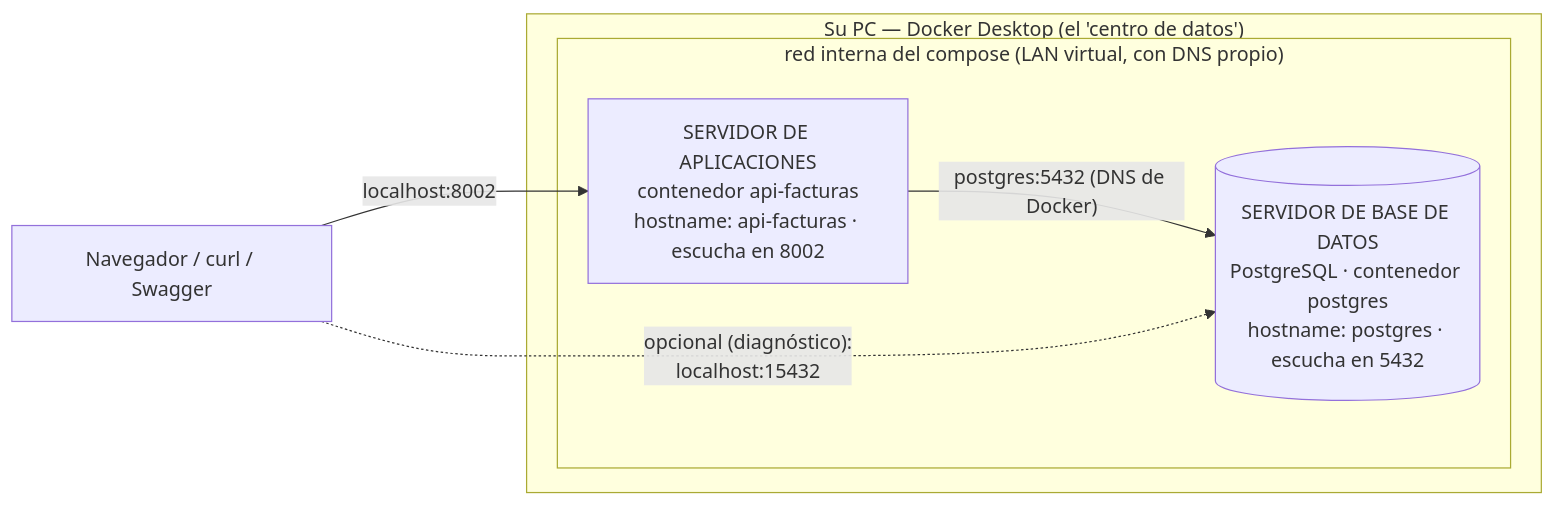
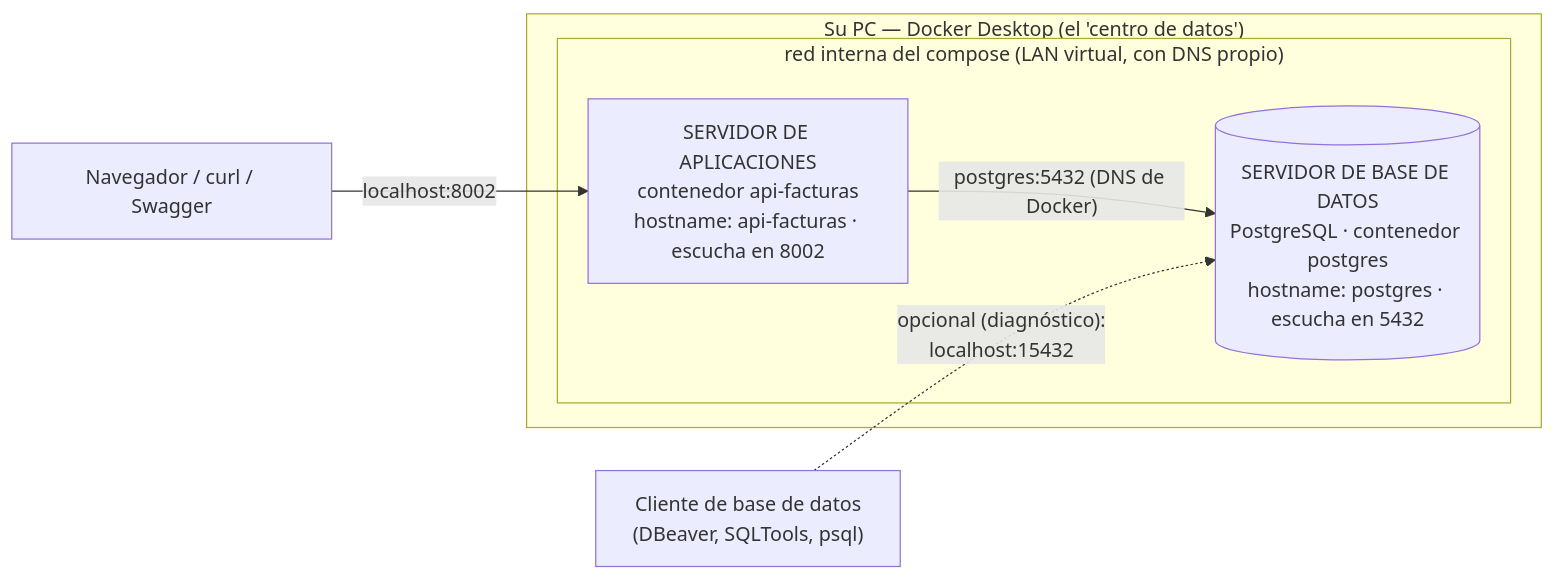
Before and after one commit to ccastro2050/proyecto_paradigmas1: the first of 2 diagrams in docs/CONCEPTOS_DOCKER.md, drawn with Mermaid. The commit also changed other lines of this file, not shown here.

First line of the commit message:
docs(docker): el diagrama sale del docker-compose real, y ninguna flecha miente

````diff
--- a/docs/CONCEPTOS_DOCKER.md
+++ b/docs/CONCEPTOS_DOCKER.md
@@ -194,13 +194,14 @@
 ```mermaid
 flowchart LR
     NAV["Navegador / curl / Swagger"]
+    CLIENTE["Cliente de base de datos<br/>(DBeaver, SQLTools, psql)"]
     subgraph PC["Su PC — Docker Desktop (el 'centro de datos')"]
         subgraph RED["red interna del compose (LAN virtual, con DNS propio)"]
             APIFACTURAS["SERVIDOR DE APLICACIONES<br/>contenedor api-facturas<br/>hostname: api-facturas · escucha en 8002"]
             POSTGRES[("SERVIDOR DE BASE DE DATOS<br/>PostgreSQL · contenedor postgres<br/>hostname: postgres · escucha en 5432")]
         end
     end
     NAV -->|"localhost:8002"| APIFACTURAS
     APIFACTURAS -->|"postgres:5432 (DNS de Docker)"| POSTGRES
-    NAV -.->|"opcional (diagnóstico):<br/>localhost:15432"| POSTGRES
+    CLIENTE -.->|"opcional (diagnóstico):<br/>localhost:15432"| POSTGRES
 ```
````
